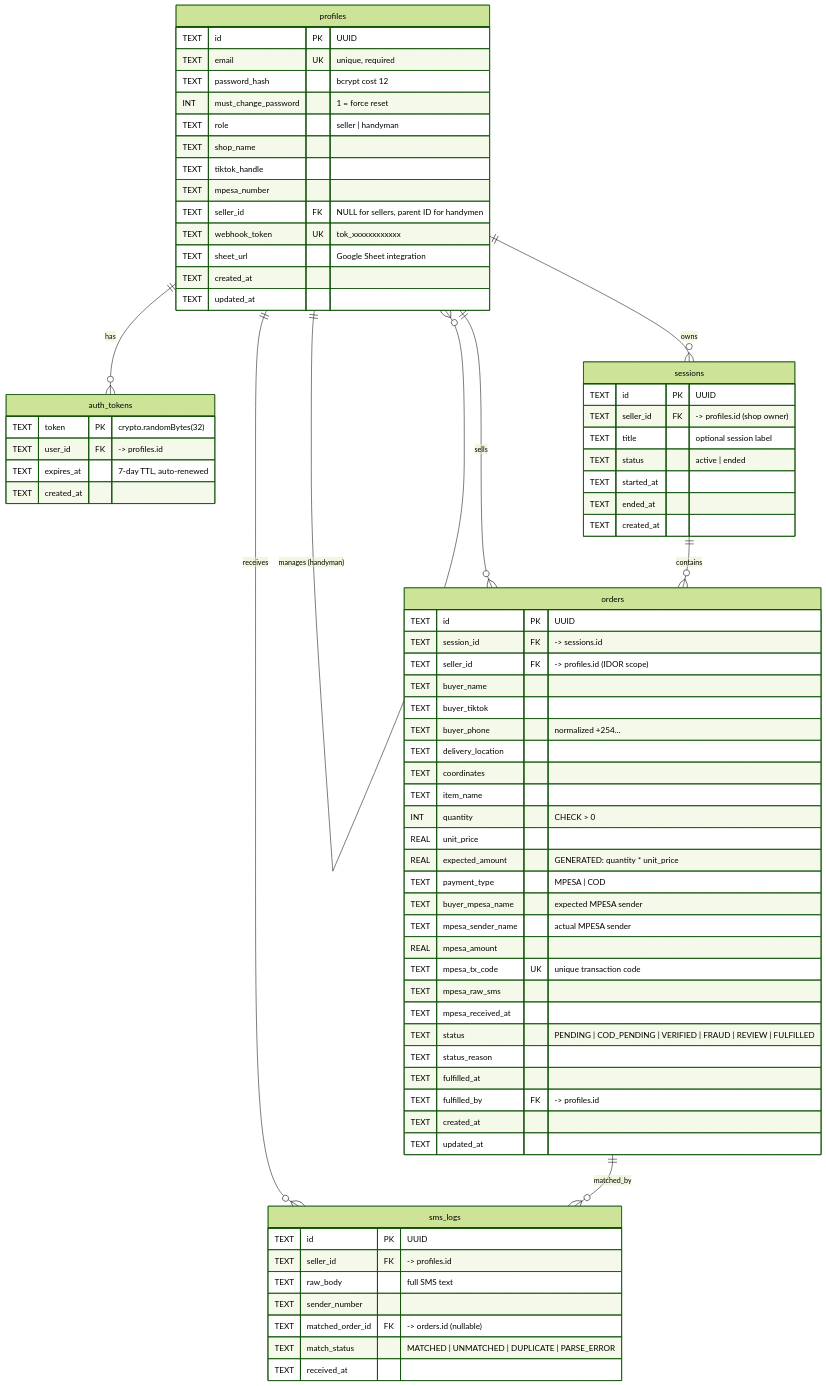
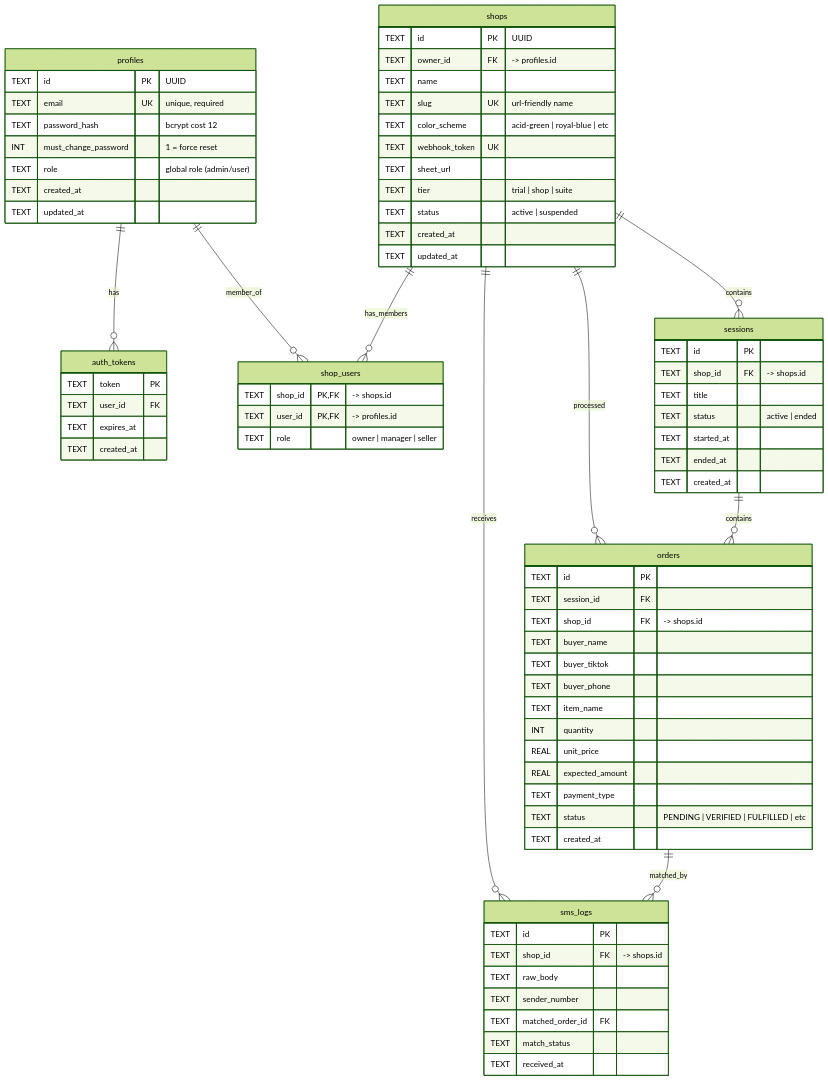
The diagram in docs/DATABASE_SCHEMA.md (softlogictest/livesoko-v2), drawn with Mermaid (forest theme) before and after one commit. The commit also changed other lines of this file and 4 other files, not shown here.

Commit message:
Fix: Stabilization of routing, sessions, and public order page status. Replaced seller_id with shop_id in legacy components.

````diff
--- a/docs/DATABASE_SCHEMA.md
+++ b/docs/DATABASE_SCHEMA.md
@@ -7,10 +7,11 @@
 ```mermaid
 erDiagram
     profiles ||--o{ auth_tokens : "has"
-    profiles ||--o{ sessions : "owns"
-    profiles ||--o{ orders : "sells"
-    profiles ||--o{ sms_logs : "receives"
-    profiles ||--o{ profiles : "manages (handyman)"
+    profiles ||--o{ shop_users : "member_of"
+    shops ||--o{ shop_users : "has_members"
+    shops ||--o{ sessions : "contains"
+    shops ||--o{ orders : "processed"
+    shops ||--o{ sms_logs : "receives"
     sessions ||--o{ orders : "contains"
     orders ||--o{ sms_logs : "matched_by"
 
@@ -19,28 +20,42 @@
         TEXT email UK "unique, required"
         TEXT password_hash "bcrypt cost 12"
         INT must_change_password "1 = force reset"
-        TEXT role "seller | handyman"
-        TEXT shop_name
-        TEXT tiktok_handle
-        TEXT mpesa_number
-        TEXT seller_id FK "NULL for sellers, parent ID for handymen"
-        TEXT webhook_token UK "tok_xxxxxxxxxxxx"
-        TEXT sheet_url "Google Sheet integration"
+        TEXT role "global role (admin/user)"
         TEXT created_at
         TEXT updated_at
     }
 
+    shops {
+        TEXT id PK "UUID"
+        TEXT owner_id FK "-> profiles.id"
+        TEXT name
+        TEXT slug UK "url-friendly name"
+        TEXT color_scheme "acid-green | royal-blue | etc"
+        TEXT webhook_token UK
+        TEXT sheet_url
+        TEXT tier "trial | shop | suite"
+        TEXT status "active | suspended"
+        TEXT created_at
+        TEXT updated_at
+    }
+
+    shop_users {
+        TEXT shop_id PK, FK "-> shops.id"
+        TEXT user_id PK, FK "-> profiles.id"
+        TEXT role "owner | manager | seller"
+    }
+
     auth_tokens {
-        TEXT token PK "crypto.randomBytes(32)"
-        TEXT user_id FK "-> profiles.id"
-        TEXT expires_at "7-day TTL, auto-renewed"
+        TEXT token PK
+        TEXT user_id FK
+        TEXT expires_at
         TEXT created_at
     }
 
     sessions {
-        TEXT id PK "UUID"
-        TEXT seller_id FK "-> profiles.id (shop owner)"
-        TEXT title "optional session label"
+        TEXT id PK
+        TEXT shop_id FK "-> shops.id"
+        TEXT title
         TEXT status "active | ended"
         TEXT started_at
         TEXT ended_at
@@ -48,40 +63,28 @@
     }
 
     orders {
-        TEXT id PK "UUID"
-        TEXT session_id FK "-> sessions.id"
-        TEXT seller_id FK "-> profiles.id (IDOR scope)"
+        TEXT id PK
+        TEXT session_id FK
+        TEXT shop_id FK "-> shops.id"
         TEXT buyer_name
         TEXT buyer_tiktok
-        TEXT buyer_phone "normalized +254..."
-        TEXT delivery_location
-        TEXT coordinates
+        TEXT buyer_phone
         TEXT item_name
-        INT quantity "CHECK > 0"
+        INT quantity
         REAL unit_price
-        REAL expected_amount "GENERATED: quantity * unit_price"
-        TEXT payment_type "MPESA | COD"
-        TEXT buyer_mpesa_name "expected MPESA sender"
-        TEXT mpesa_sender_name "actual MPESA sender"
-        REAL mpesa_amount
-        TEXT mpesa_tx_code UK "unique transaction code"
-        TEXT mpesa_raw_sms
-        TEXT mpesa_received_at
-        TEXT status "PENDING | COD_PENDING | VERIFIED | FRAUD | REVIEW | FULFILLED"
-        TEXT status_reason
-        TEXT fulfilled_at
-        TEXT fulfilled_by FK "-> profiles.id"
+        REAL expected_amount
+        TEXT payment_type
+        TEXT status "PENDING | VERIFIED | FULFILLED | etc"
         TEXT created_at
-        TEXT updated_at
     }
 
     sms_logs {
-        TEXT id PK "UUID"
-        TEXT seller_id FK "-> profiles.id"
-        TEXT raw_body "full SMS text"
+        TEXT id PK
+        TEXT shop_id FK "-> shops.id"
+        TEXT raw_body
         TEXT sender_number
-        TEXT matched_order_id FK "-> orders.id (nullable)"
-        TEXT match_status "MATCHED | UNMATCHED | DUPLICATE | PARSE_ERROR"
+        TEXT matched_order_id FK
+        TEXT match_status
         TEXT received_at
     }
 ```
````
